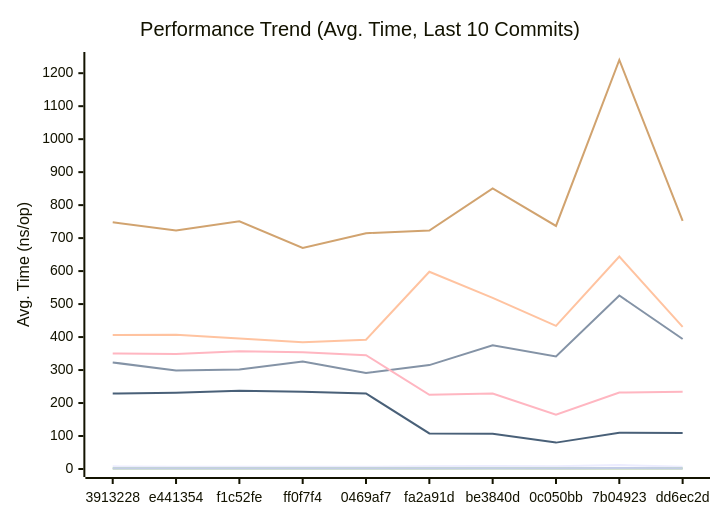
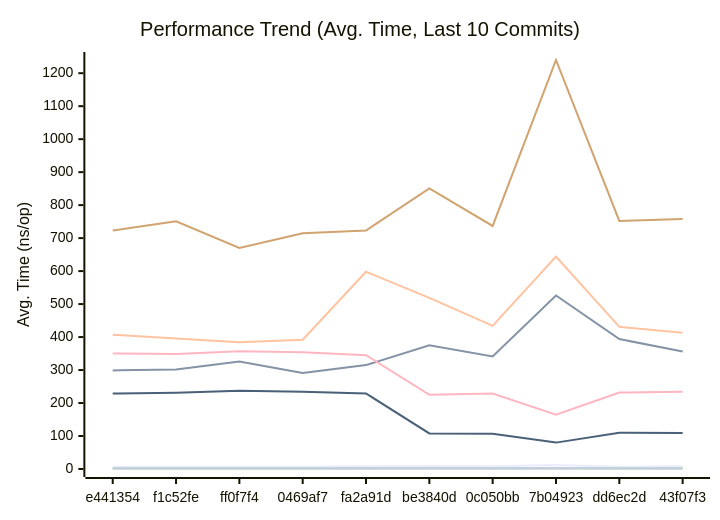
One commit to alsotoes/momo changed the first of 3 diagrams in docs/PERFORMANCE.md. Above: the diagram before and after it, drawn with Mermaid. The commit also changed other lines of this file and 3 other files, not shown here.

````diff
--- a/docs/PERFORMANCE.md
+++ b/docs/PERFORMANCE.md
@@ -80,16 +80,16 @@
 ```mermaid
 xychart-beta
     title "Performance Trend (Avg. Time, Last 10 Commits)"
     x-axis "Commit"
     y-axis "Avg. Time (ns/op)"
-    x-axis [3913228,e441354,f1c52fe,ff0f7f4,0469af7,fa2a91d,be3840d,0c050bb,7b04923,dd6ec2d]
-    line "CheckMetricsAndSwap" [8,7,7,7,7,8,9,8,12,7]
-    line "CrushOptimized" [323,299,302,326,291,315,375,341,526,394]
-    line "CrushOriginal" [406,407,396,384,392,598,519,434,644,431]
-    line "IndexDirectTracking" [0,0,0,0,0,0,1,0,0,0]
+    x-axis [e441354,f1c52fe,ff0f7f4,0469af7,fa2a91d,be3840d,0c050bb,7b04923,dd6ec2d,43f07f3]
+    line "CheckMetricsAndSwap" [7,7,7,7,8,9,8,12,7,8]
+    line "CrushOptimized" [299,302,326,291,315,375,341,526,394,356]
+    line "CrushOriginal" [407,396,384,392,598,519,434,644,431,413]
+    line "IndexDirectTracking" [0,0,0,0,0,1,0,0,0,0]
     line "IndexSearch" [2,2,2,2,2,2,2,2,2,2]
-    line "LoadGlobalConfig" [748,723,751,670,715,723,851,737,1240,752]
-    line "PadString" [2,2,2,2,2,2,2,2,3,2]
+    line "LoadGlobalConfig" [723,751,670,715,723,851,737,1240,752,758]
+    line "PadString" [2,2,2,2,2,2,2,3,2,2]
     line "ParseReplicationOrder_NoPrealloc" [350,349,357,354,345,225,229,165,232,234]
     line "ParseReplicationOrder_Prealloc" [229,231,237,234,229,108,107,80,110,109]
 ```
````
